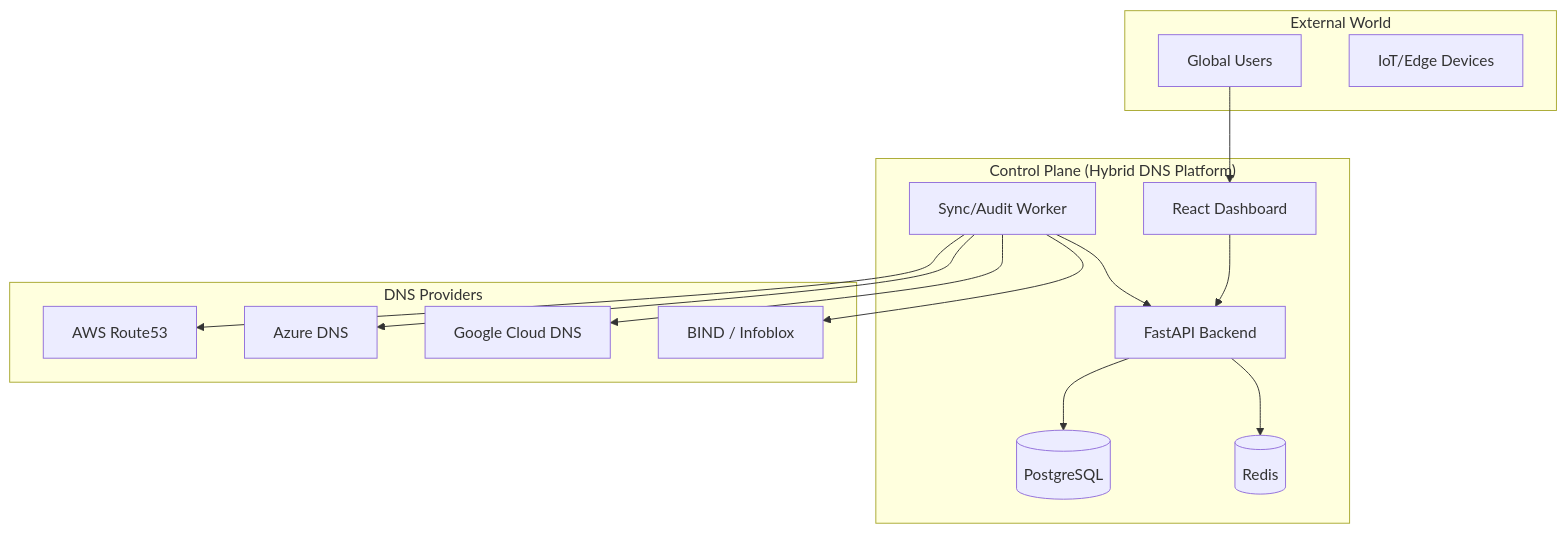
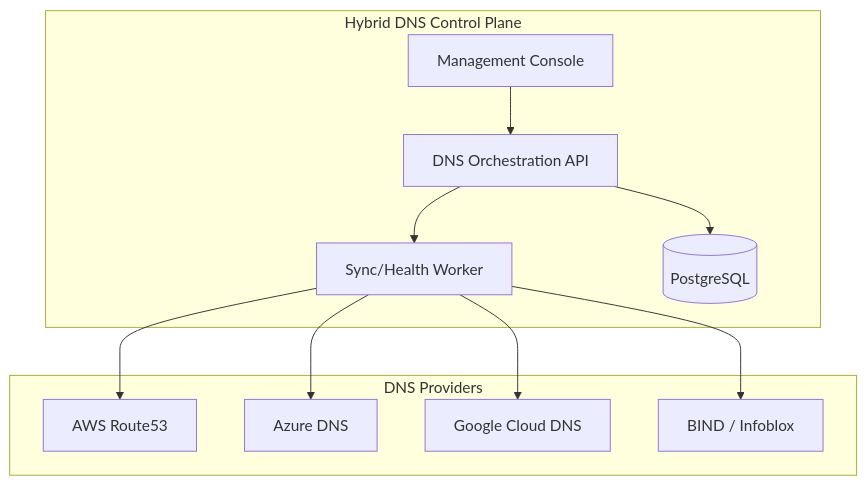
Before and after one commit to Devopstrio/hybrid-dns-resolution: the first of 10 diagrams in README.md, drawn with Mermaid. The commit also changed other lines of this file, not shown here.

Commit message:
docs: upgrade README to institutional-grade reference architecture style

````diff
--- a/README.md
+++ b/README.md
@@ -34,32 +65,24 @@
 ```mermaid
 graph TD
-    subgraph "External World"
-        Users[Global Users]
-        Devices[IoT/Edge Devices]
-    end
-
-    subgraph "Control Plane (Hybrid DNS Platform)"
-        API[FastAPI Backend]
-        Web[React Dashboard]
-        Worker[Sync/Audit Worker]
+    subgraph "Hybrid DNS Control Plane"
+        Portal[Management Console]
+        API[DNS Orchestration API]
+        Worker[Sync/Health Worker]
         DB[(PostgreSQL)]
-        Cache[(Redis)]
     end
 
     subgraph "DNS Providers"
-        R53[AWS Route53]
-        ADNS[Azure DNS]
-        GDNS[Google Cloud DNS]
+        AWS[AWS Route53]
+        AZ[Azure DNS]
+        GCP[Google Cloud DNS]
         OnPrem[BIND / Infoblox]
     end
 
-    Users --> Web
-    Web --> API
+    Portal --> API
     API --> DB
-    API --> Cache
-    Worker --> API
-    Worker --> R53
-    Worker --> ADNS
-    Worker --> GDNS
+    API --> Worker
+    Worker --> AWS
+    Worker --> AZ
+    Worker --> GCP
     Worker --> OnPrem
 ```
````
